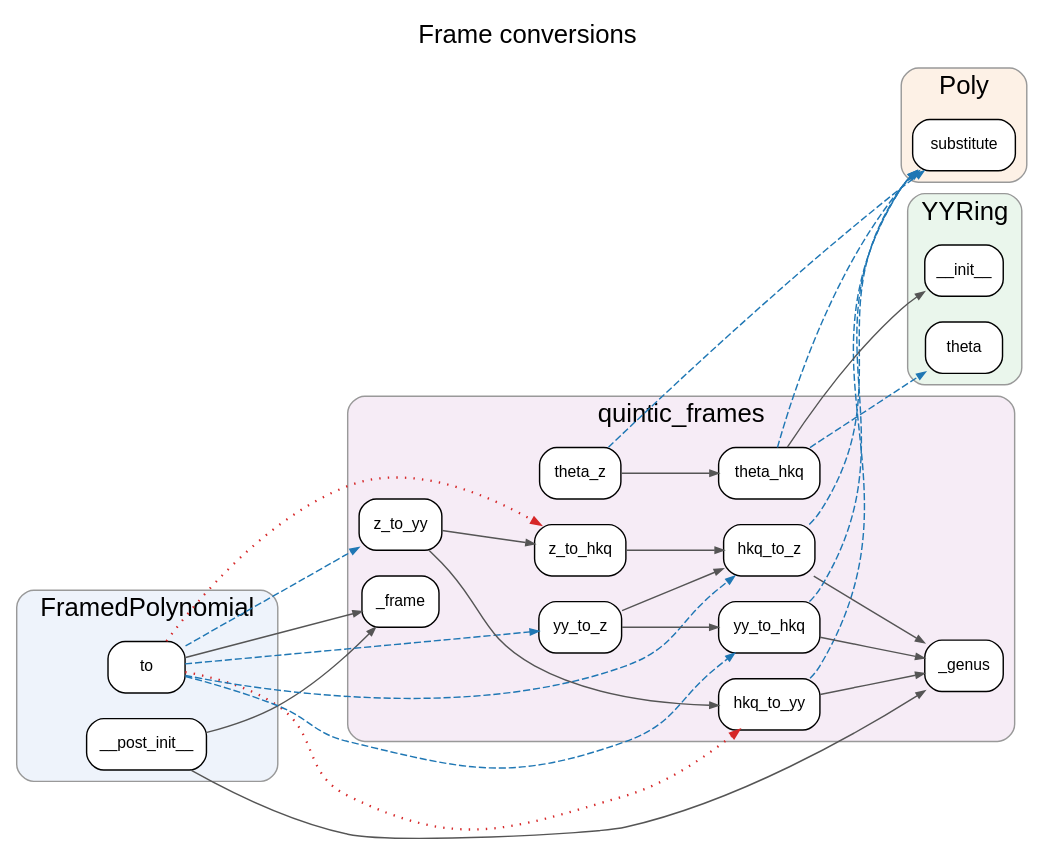
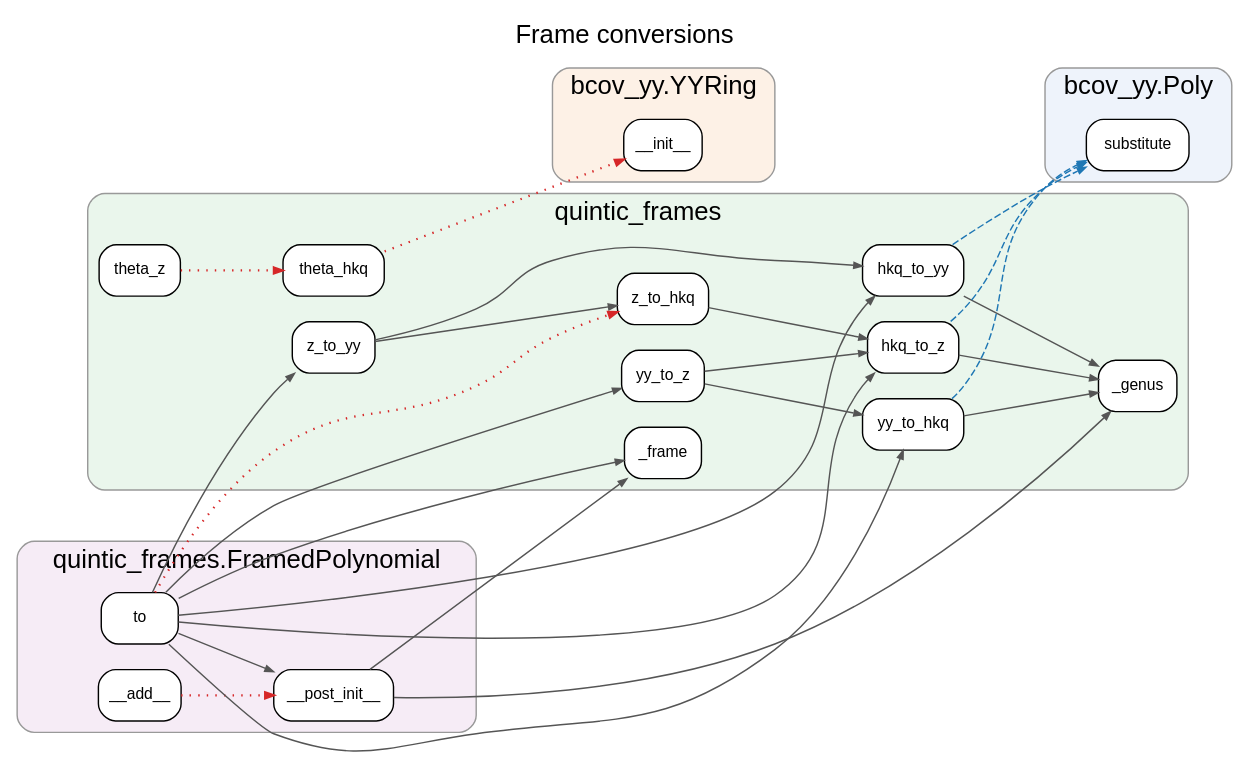
One commit to shaileshlal/bcovSymbolic changed the diagram in docs/callgraph/frames.dot. Above: the diagram before and after it, drawn with Graphviz. The commit also changed 18 other files, not shown here.

First line of the commit message:
Add ARCHITECTURE.md with regenerated Graphviz call graphs

```diff
--- a/docs/callgraph/frames.dot
+++ b/docs/callgraph/frames.dot
@@ -1,53 +1,52 @@
 digraph "Frame conversions" {
   graph [rankdir=LR, newrank=true, nodesep=0.25, ranksep=0.9, fontname="Helvetica", label="Frame conversions", labelloc=t, fontsize=18];
   node [shape=box, style="rounded,filled", fillcolor="#ffffff", fontname="Helvetica", fontsize=11];
   edge [color="#555555", arrowsize=0.6];
-  subgraph cluster_0 { label="FramedPolynomial"; style="rounded,filled"; fillcolor="#eef3fb"; color="#999999";
-    "quintic_frames.FramedPolynomial.__post_init__" [label="__post_init__"];
-    "quintic_frames.FramedPolynomial.to" [label="to"];
+  subgraph cluster_0 { label="bcov_yy.Poly"; style="rounded,filled"; fillcolor="#eef3fb"; color="#999999";
+    "bcov.bcov_yy.Poly.substitute" [label="substitute"];
   }
-  subgraph cluster_1 { label="Poly"; style="rounded,filled"; fillcolor="#fdf1e6"; color="#999999";
-    "bcov_yy.Poly.substitute" [label="substitute"];
+  subgraph cluster_1 { label="bcov_yy.YYRing"; style="rounded,filled"; fillcolor="#fdf1e6"; color="#999999";
+    "bcov.bcov_yy.YYRing.__init__" [label="__init__"];
   }
-  subgraph cluster_2 { label="YYRing"; style="rounded,filled"; fillcolor="#eaf6ec"; color="#999999";
-    "bcov_yy.YYRing.__init__" [label="__init__"];
-    "bcov_yy.YYRing.theta" [label="theta"];
+  subgraph cluster_2 { label="quintic_frames"; style="rounded,filled"; fillcolor="#eaf6ec"; color="#999999";
+    "bcov.quintic_frames._frame" [label="_frame"];
+    "bcov.quintic_frames._genus" [label="_genus"];
+    "bcov.quintic_frames.hkq_to_yy" [label="hkq_to_yy"];
+    "bcov.quintic_frames.hkq_to_z" [label="hkq_to_z"];
+    "bcov.quintic_frames.theta_hkq" [label="theta_hkq"];
+    "bcov.quintic_frames.theta_z" [label="theta_z"];
+    "bcov.quintic_frames.yy_to_hkq" [label="yy_to_hkq"];
+    "bcov.quintic_frames.yy_to_z" [label="yy_to_z"];
+    "bcov.quintic_frames.z_to_hkq" [label="z_to_hkq"];
+    "bcov.quintic_frames.z_to_yy" [label="z_to_yy"];
   }
-  subgraph cluster_3 { label="quintic_frames"; style="rounded,filled"; fillcolor="#f6ecf6"; color="#999999";
-    "quintic_frames._frame" [label="_frame"];
-    "quintic_frames._genus" [label="_genus"];
-    "quintic_frames.hkq_to_yy" [label="hkq_to_yy"];
-    "quintic_frames.hkq_to_z" [label="hkq_to_z"];
-    "quintic_frames.theta_hkq" [label="theta_hkq"];
-    "quintic_frames.theta_z" [label="theta_z"];
-    "quintic_frames.yy_to_hkq" [label="yy_to_hkq"];
-    "quintic_frames.yy_to_z" [label="yy_to_z"];
-    "quintic_frames.z_to_hkq" [label="z_to_hkq"];
-    "quintic_frames.z_to_yy" [label="z_to_yy"];
+  subgraph cluster_3 { label="quintic_frames.FramedPolynomial"; style="rounded,filled"; fillcolor="#f6ecf6"; color="#999999";
+    "bcov.quintic_frames.FramedPolynomial.__add__" [label="__add__"];
+    "bcov.quintic_frames.FramedPolynomial.__post_init__" [label="__post_init__"];
+    "bcov.quintic_frames.FramedPolynomial.to" [label="to"];
   }
-  "quintic_frames.FramedPolynomial.__post_init__" -> "quintic_frames._frame" [style=solid];
-  "quintic_frames.FramedPolynomial.__post_init__" -> "quintic_frames._genus" [style=solid];
-  "quintic_frames.FramedPolynomial.to" -> "quintic_frames._frame" [style=solid];
-  "quintic_frames.FramedPolynomial.to" -> "quintic_frames.hkq_to_yy" [style=dotted, color="#d62728", penwidth=1.6];
-  "quintic_frames.FramedPolynomial.to" -> "quintic_frames.hkq_to_z" [style=dashed, color="#1f77b4"];
-  "quintic_frames.FramedPolynomial.to" -> "quintic_frames.yy_to_hkq" [style=dashed, color="#1f77b4"];
-  "quintic_frames.FramedPolynomial.to" -> "quintic_frames.yy_to_z" [style=dashed, color="#1f77b4"];
-  "quintic_frames.FramedPolynomial.to" -> "quintic_frames.z_to_hkq" [style=dotted, color="#d62728", penwidth=1.6];
-  "quintic_frames.FramedPolynomial.to" -> "quintic_frames.z_to_yy" [style=dashed, color="#1f77b4"];
-  "quintic_frames.hkq_to_yy" -> "bcov_yy.Poly.substitute" [style=dashed, color="#1f77b4"];
-  "quintic_frames.hkq_to_yy" -> "quintic_frames._genus" [style=solid];
-  "quintic_frames.hkq_to_z" -> "bcov_yy.Poly.substitute" [style=dashed, color="#1f77b4"];
-  "quintic_frames.hkq_to_z" -> "quintic_frames._genus" [style=solid];
-  "quintic_frames.theta_hkq" -> "bcov_yy.Poly.substitute" [style=dashed, color="#1f77b4"];
-  "quintic_frames.theta_hkq" -> "bcov_yy.YYRing.__init__" [style=solid];
-  "quintic_frames.theta_hkq" -> "bcov_yy.YYRing.theta" [style=dashed, color="#1f77b4"];
-  "quintic_frames.theta_z" -> "bcov_yy.Poly.substitute" [style=dashed, color="#1f77b4"];
-  "quintic_frames.theta_z" -> "quintic_frames.theta_hkq" [style=solid];
-  "quintic_frames.yy_to_hkq" -> "bcov_yy.Poly.substitute" [style=dashed, color="#1f77b4"];
-  "quintic_frames.yy_to_hkq" -> "quintic_frames._genus" [style=solid];
-  "quintic_frames.yy_to_z" -> "quintic_frames.hkq_to_z" [style=solid];
-  "quintic_frames.yy_to_z" -> "quintic_frames.yy_to_hkq" [style=solid];
-  "quintic_frames.z_to_hkq" -> "quintic_frames.hkq_to_z" [style=solid];
-  "quintic_frames.z_to_yy" -> "quintic_frames.hkq_to_yy" [style=solid];
-  "quintic_frames.z_to_yy" -> "quintic_frames.z_to_hkq" [style=solid];
+  "bcov.quintic_frames.FramedPolynomial.__add__" -> "bcov.quintic_frames.FramedPolynomial.__post_init__" [style=dotted, color="#d62728", penwidth=1.6];
+  "bcov.quintic_frames.FramedPolynomial.__post_init__" -> "bcov.quintic_frames._frame" [style=solid];
+  "bcov.quintic_frames.FramedPolynomial.__post_init__" -> "bcov.quintic_frames._genus" [style=solid];
+  "bcov.quintic_frames.FramedPolynomial.to" -> "bcov.quintic_frames.FramedPolynomial.__post_init__" [style=solid];
+  "bcov.quintic_frames.FramedPolynomial.to" -> "bcov.quintic_frames._frame" [style=solid];
+  "bcov.quintic_frames.FramedPolynomial.to" -> "bcov.quintic_frames.hkq_to_yy" [style=solid];
+  "bcov.quintic_frames.FramedPolynomial.to" -> "bcov.quintic_frames.hkq_to_z" [style=solid];
+  "bcov.quintic_frames.FramedPolynomial.to" -> "bcov.quintic_frames.yy_to_hkq" [style=solid];
+  "bcov.quintic_frames.FramedPolynomial.to" -> "bcov.quintic_frames.yy_to_z" [style=solid];
+  "bcov.quintic_frames.FramedPolynomial.to" -> "bcov.quintic_frames.z_to_hkq" [style=dotted, color="#d62728", penwidth=1.6];
+  "bcov.quintic_frames.FramedPolynomial.to" -> "bcov.quintic_frames.z_to_yy" [style=solid];
+  "bcov.quintic_frames.hkq_to_yy" -> "bcov.bcov_yy.Poly.substitute" [style=dashed, color="#1f77b4"];
+  "bcov.quintic_frames.hkq_to_yy" -> "bcov.quintic_frames._genus" [style=solid];
+  "bcov.quintic_frames.hkq_to_z" -> "bcov.bcov_yy.Poly.substitute" [style=dashed, color="#1f77b4"];
+  "bcov.quintic_frames.hkq_to_z" -> "bcov.quintic_frames._genus" [style=solid];
+  "bcov.quintic_frames.theta_hkq" -> "bcov.bcov_yy.YYRing.__init__" [style=dotted, color="#d62728", penwidth=1.6];
+  "bcov.quintic_frames.theta_z" -> "bcov.quintic_frames.theta_hkq" [style=dotted, color="#d62728", penwidth=1.6];
+  "bcov.quintic_frames.yy_to_hkq" -> "bcov.bcov_yy.Poly.substitute" [style=dashed, color="#1f77b4"];
+  "bcov.quintic_frames.yy_to_hkq" -> "bcov.quintic_frames._genus" [style=solid];
+  "bcov.quintic_frames.yy_to_z" -> "bcov.quintic_frames.hkq_to_z" [style=solid];
+  "bcov.quintic_frames.yy_to_z" -> "bcov.quintic_frames.yy_to_hkq" [style=solid];
+  "bcov.quintic_frames.z_to_hkq" -> "bcov.quintic_frames.hkq_to_z" [style=solid];
+  "bcov.quintic_frames.z_to_yy" -> "bcov.quintic_frames.hkq_to_yy" [style=solid];
+  "bcov.quintic_frames.z_to_yy" -> "bcov.quintic_frames.z_to_hkq" [style=solid];
 }
```
